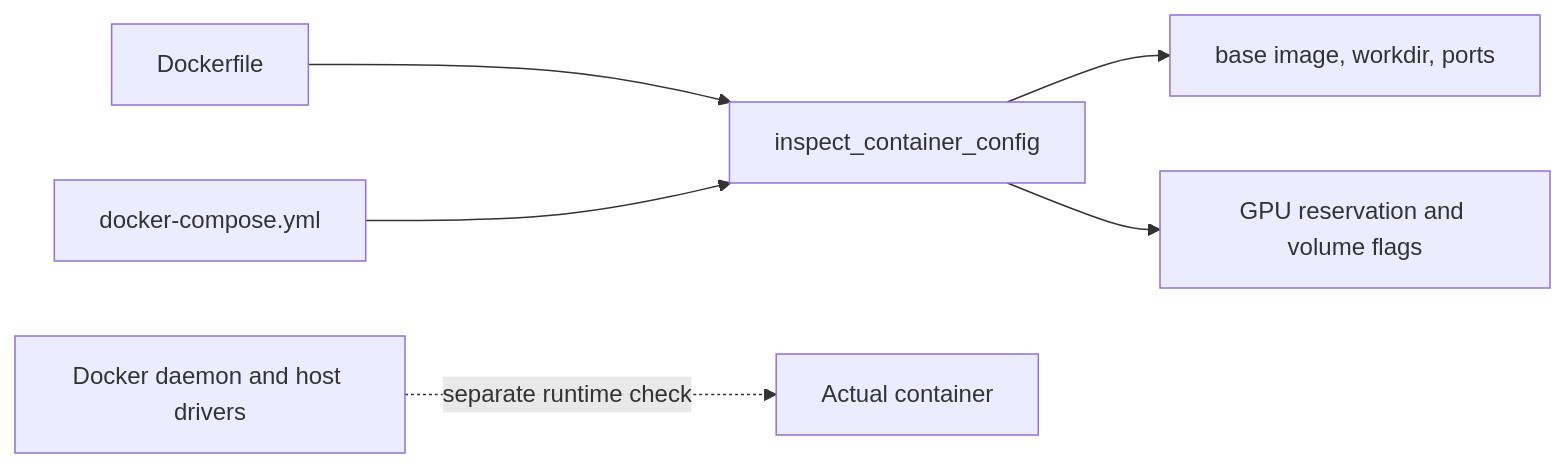
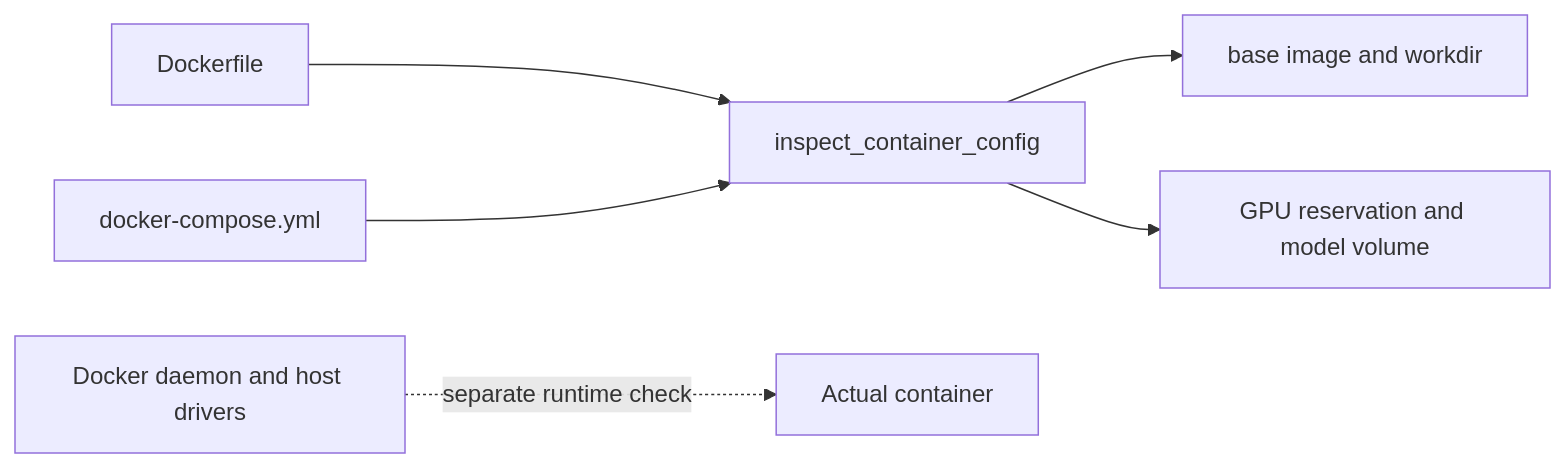
One commit to t3mr0i/ai-engineering-from-scratch changed the diagram in phases/00-setup-and-tooling/07-docker-for-ai/docs/en.md. Above: the diagram before and after it, drawn with Mermaid. The commit also changed other lines of this file and 35 other files, not shown here.

````diff
--- a/phases/00-setup-and-tooling/07-docker-for-ai/docs/en.md
+++ b/phases/00-setup-and-tooling/07-docker-for-ai/docs/en.md
@@ -22,8 +22,8 @@
 ```mermaid
 flowchart LR
     A[Dockerfile] --> C[inspect_container_config]
     B[docker-compose.yml] --> C
-    C --> D[base image, workdir, ports]
-    C --> E[GPU reservation and volume flags]
+    C --> D[base image and workdir]
+    C --> E[GPU reservation and model volume]
     F[Docker daemon and host drivers] -. separate runtime check .-> G[Actual container]
 ```
````
